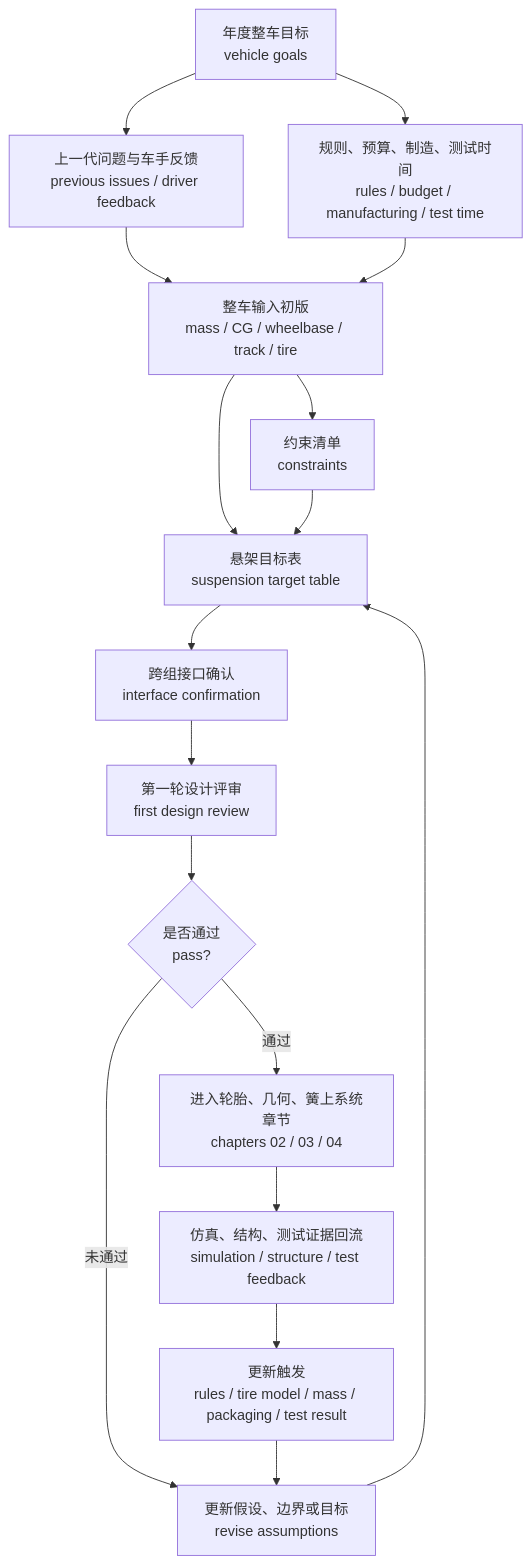
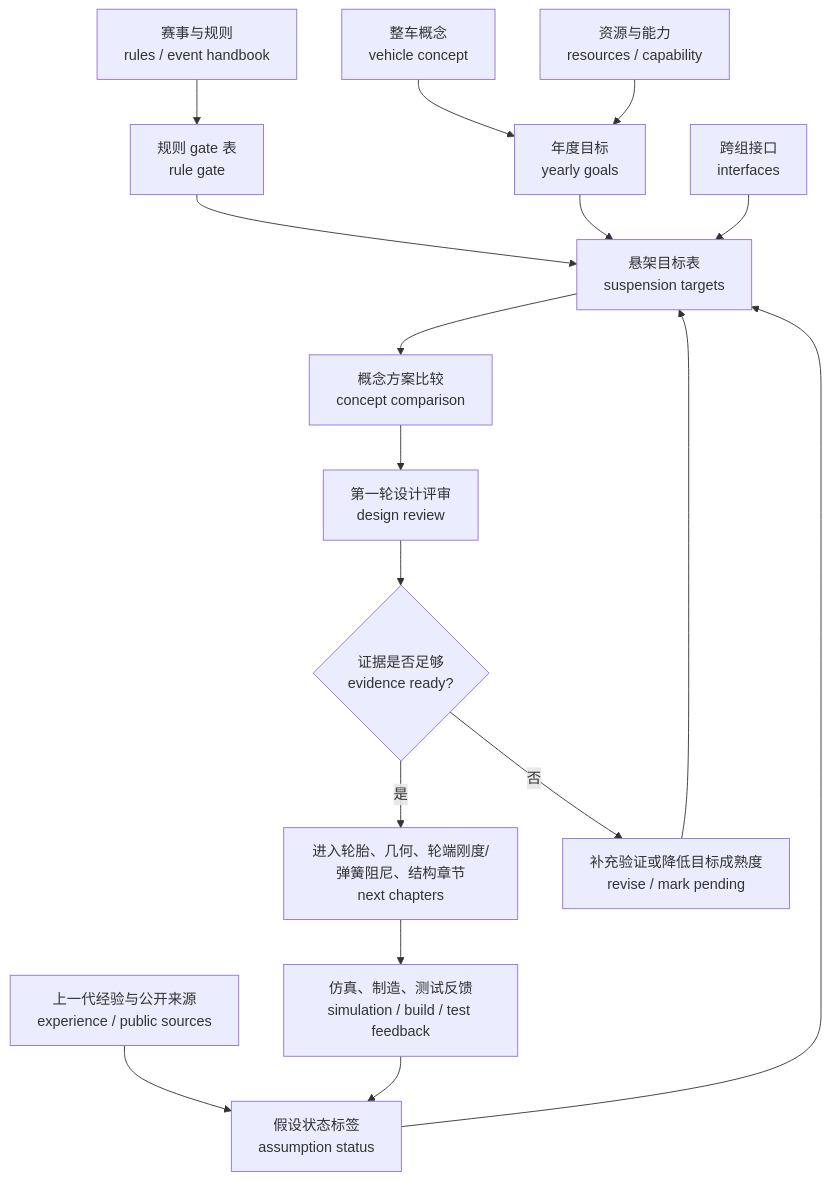
Before and after one commit to onebulletkick/suspension_opensource: the diagram in docs/advanced/01-design-targets.md, drawn with Mermaid. The commit also changed other lines of this file and 1 other file, not shown here.

Commit message:
docs: deepen design target source integration

````diff
--- a/docs/advanced/01-design-targets.md
+++ b/docs/advanced/01-design-targets.md
@@ -172,19 +71,19 @@
 ```mermaid
 flowchart TD
-  A["年度整车目标<br>vehicle goals"] --> B["上一代问题与车手反馈<br>previous issues / driver feedback"]
-  A --> C["规则、预算、制造、测试时间<br>rules / budget / manufacturing / test time"]
-  B --> D["整车输入初版<br>mass / CG / wheelbase / track / tire"]
-  C --> D
-  D --> E["约束清单<br>constraints"]
-  D --> F["悬架目标表<br>suspension target table"]
+  A["赛事与规则<br>rules / event handbook"] --> D["规则 gate 表<br>rule gate"]
+  B["整车概念<br>vehicle concept"] --> E["年度目标<br>yearly goals"]
+  C["资源与能力<br>resources / capability"] --> E
+  D --> F["悬架目标表<br>suspension targets"]
   E --> F
-  F --> G["跨组接口确认<br>interface confirmation"]
-  G --> H["第一轮设计评审<br>first design review"]
-  H --> I{"是否通过<br>pass?"}
-  I -- "通过" --> J["进入轮胎、几何、簧上系统章节<br>chapters 02 / 03 / 04"]
-  I -- "未通过" --> K["更新假设、边界或目标<br>revise assumptions"]
-  K --> F
-  L["更新触发<br>rules / tire model / mass / packaging / test result"] --> K
-  J --> M["仿真、结构、测试证据回流<br>simulation / structure / test feedback"]
-  M --> L
+  G["跨组接口<br>interfaces"] --> F
+  H["上一代经验与公开来源<br>experience / public sources"] --> I["假设状态标签<br>assumption status"]
+  I --> F
+  F --> J["概念方案比较<br>concept comparison"]
+  J --> K["第一轮设计评审<br>design review"]
+  K --> L{"证据是否足够<br>evidence ready?"}
+  L -- "是" --> M["进入轮胎、几何、轮端刚度/弹簧阻尼、结构章节<br>next chapters"]
+  L -- "否" --> N["补充验证或降低目标成熟度<br>revise / mark pending"]
+  N --> F
+  M --> O["仿真、制造、测试反馈<br>simulation / build / test feedback"]
+  O --> I
 ```
````
